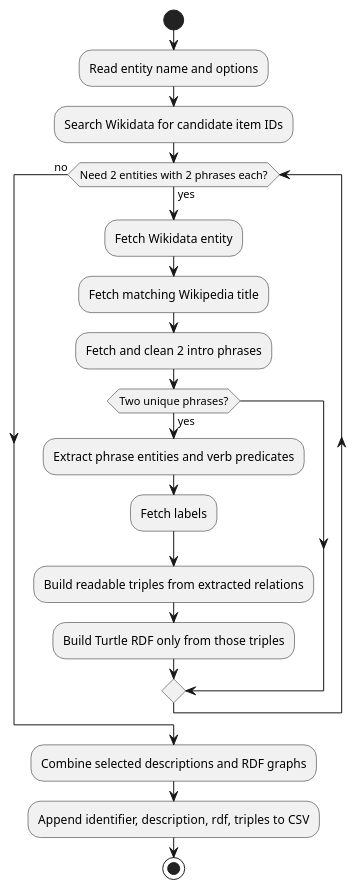
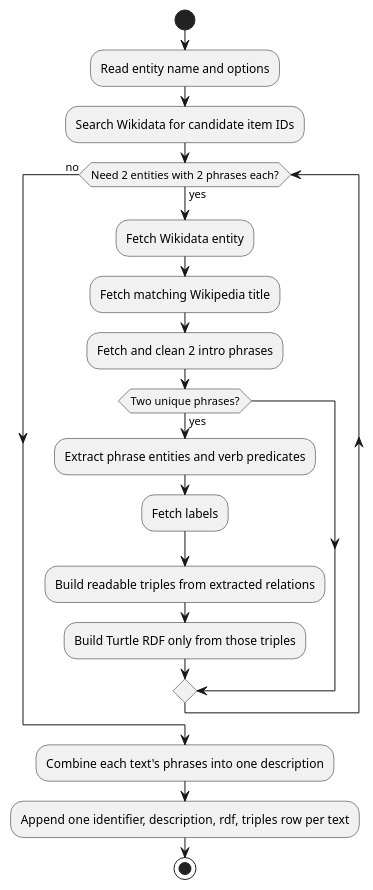
One commit to giovannabbottino/kg-dataset changed the diagram in generate/README.md. Above: the diagram before and after it, drawn with PlantUML. The commit also changed other lines of this file and 17 other files, not shown here.

````diff
--- a/generate/README.md
+++ b/generate/README.md
@@ -115,21 +124,21 @@
 ```plantuml
 @startuml
 start
 :Read entity name and options;
 :Search Wikidata for candidate item IDs;
 while (Need 2 entities with 2 phrases each?) is (yes)
   :Fetch Wikidata entity;
   :Fetch matching Wikipedia title;
   :Fetch and clean 2 intro phrases;
   if (Two unique phrases?) then (yes)
     :Extract phrase entities and verb predicates;
     :Fetch labels;
     :Build readable triples from extracted relations;
     :Build Turtle RDF only from those triples;
   endif
 endwhile (no)
-:Combine selected descriptions and RDF graphs;
-:Append identifier, description, rdf, triples to CSV;
+:Combine each text's phrases into one description;
+:Append one identifier, description, rdf, triples row per text;
 stop
 @enduml
 ```
````
